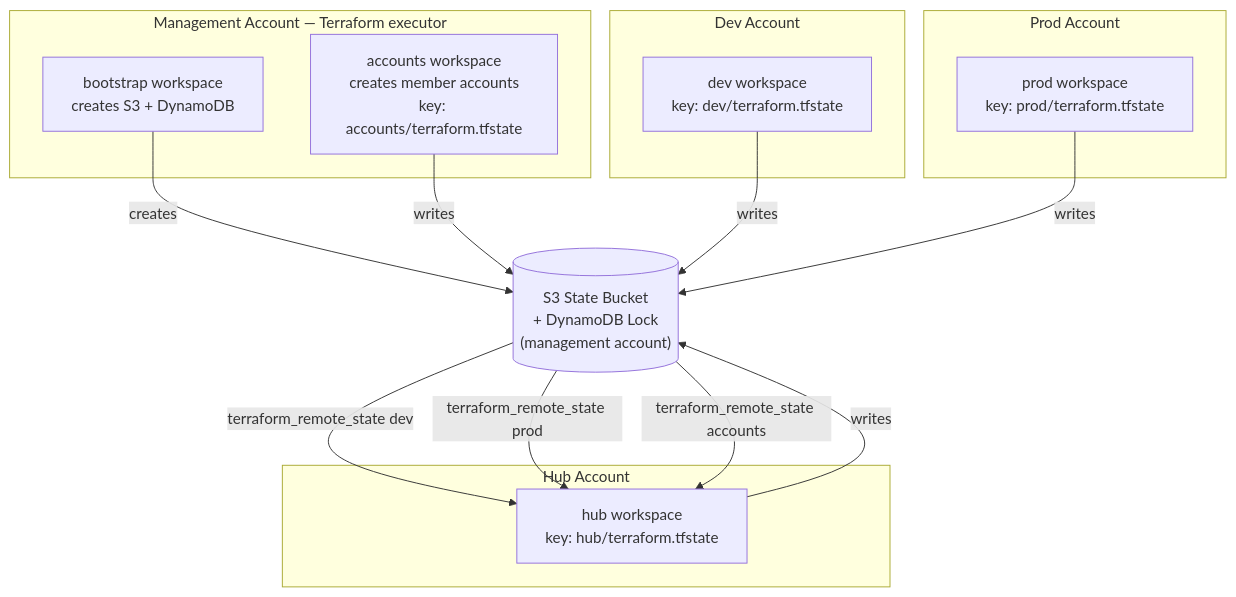
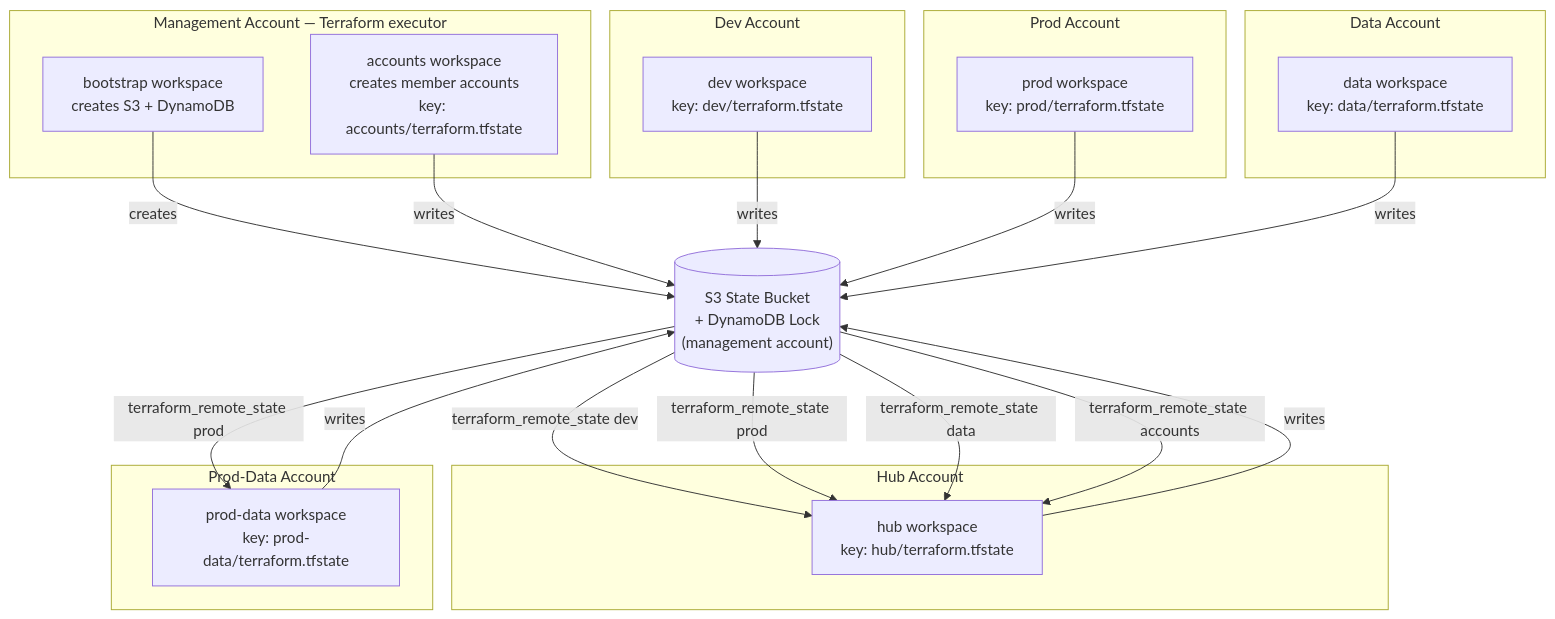
One commit to paragch/eks-hub-spoke changed the second of 13 diagrams in docs/low-level-design.md. Above: the diagram before and after it, drawn with Mermaid. The commit also changed other lines of this file and 67 other files, not shown here.

First line of the commit message:
feat: add prod-data account with OpenSearch, Aurora, Neptune, and db-writer microservice

````diff
--- a/docs/low-level-design.md
+++ b/docs/low-level-design.md
@@ -57,31 +71,43 @@
 ```mermaid
 graph TD
   S3[("S3 State Bucket<br/>+ DynamoDB Lock<br/>(management account)")]
 
   subgraph mgmt["Management Account — Terraform executor"]
     WS_BOOT["bootstrap workspace<br/>creates S3 + DynamoDB"]
     WS_ACCT["accounts workspace<br/>creates member accounts<br/>key: accounts/terraform.tfstate"]
   end
 
   subgraph hub_acc["Hub Account"]
     WS_HUB["hub workspace<br/>key: hub/terraform.tfstate"]
   end
 
   subgraph dev_acc["Dev Account"]
     WS_DEV["dev workspace<br/>key: dev/terraform.tfstate"]
   end
 
   subgraph prod_acc["Prod Account"]
     WS_PROD["prod workspace<br/>key: prod/terraform.tfstate"]
   end
 
+  subgraph data_acc["Data Account"]
+    WS_DATA["data workspace<br/>key: data/terraform.tfstate"]
+  end
+
+  subgraph prod_data_acc["Prod-Data Account"]
+    WS_PROD_DATA["prod-data workspace<br/>key: prod-data/terraform.tfstate"]
+  end
+
   WS_BOOT -->|creates| S3
   WS_ACCT -->|writes| S3
   WS_DEV  -->|writes| S3
   WS_PROD -->|writes| S3
+  WS_DATA -->|writes| S3
   WS_HUB  -->|writes| S3
+  WS_PROD_DATA -->|writes| S3
 
   S3 -->|terraform_remote_state dev| WS_HUB
   S3 -->|terraform_remote_state prod| WS_HUB
+  S3 -->|terraform_remote_state data| WS_HUB
   S3 -->|terraform_remote_state accounts| WS_HUB
+  S3 -->|terraform_remote_state prod| WS_PROD_DATA
 ```
````
